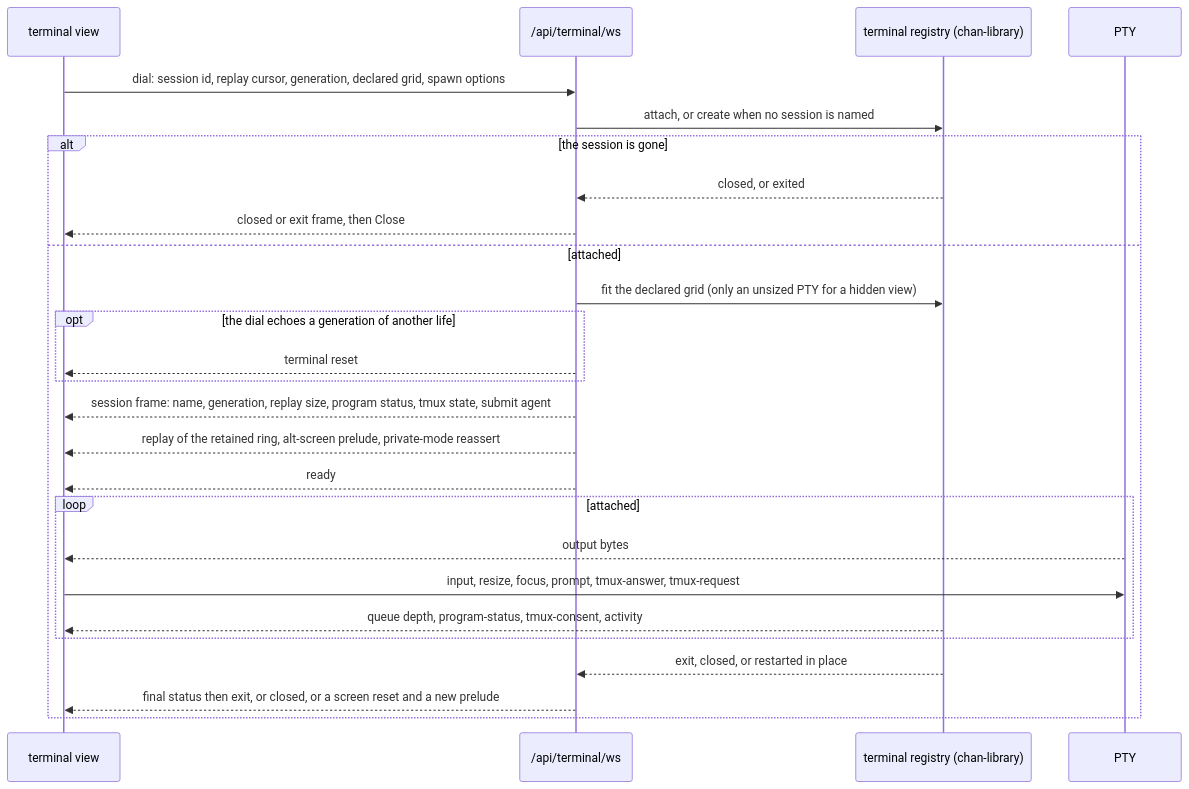
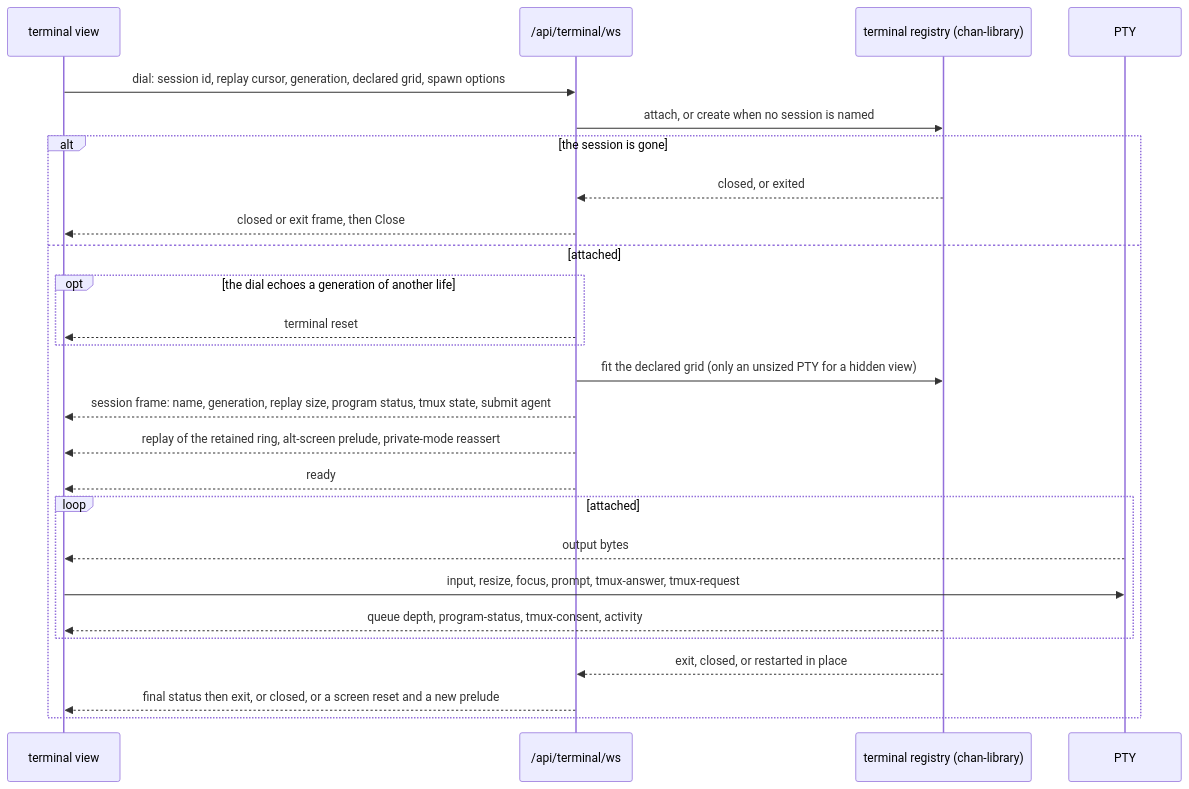
The third of 3 diagrams in crates/chan-server/design.md (fiorix/chan), drawn with Mermaid before and after one commit. The commit also changed other lines of this file and 2 other files, not shown here.

````diff
--- a/crates/chan-server/design.md
+++ b/crates/chan-server/design.md
@@ -98,28 +98,28 @@
 ```mermaid
 sequenceDiagram
   participant V as terminal view
   participant R as /api/terminal/ws
   participant G as terminal registry (chan-library)
   participant P as PTY
   V->>R: dial: session id, replay cursor, generation, declared grid, spawn options
   R->>G: attach, or create when no session is named
   alt the session is gone
     G-->>R: closed, or exited
     R-->>V: closed or exit frame, then Close
   else attached
-    R->>G: fit the declared grid (only an unsized PTY for a hidden view)
     opt the dial echoes a generation of another life
       R-->>V: terminal reset
     end
+    R->>G: fit the declared grid (only an unsized PTY for a hidden view)
     R-->>V: session frame: name, generation, replay size, program status, tmux state, submit agent
     R-->>V: replay of the retained ring, alt-screen prelude, private-mode reassert
     R-->>V: ready
     loop attached
       P-->>V: output bytes
       V->>P: input, resize, focus, prompt, tmux-answer, tmux-request
       G-->>V: queue depth, program-status, tmux-consent, activity
     end
     G-->>R: exit, closed, or restarted in place
     R-->>V: final status then exit, or closed, or a screen reset and a new prelude
   end
 ```
````
